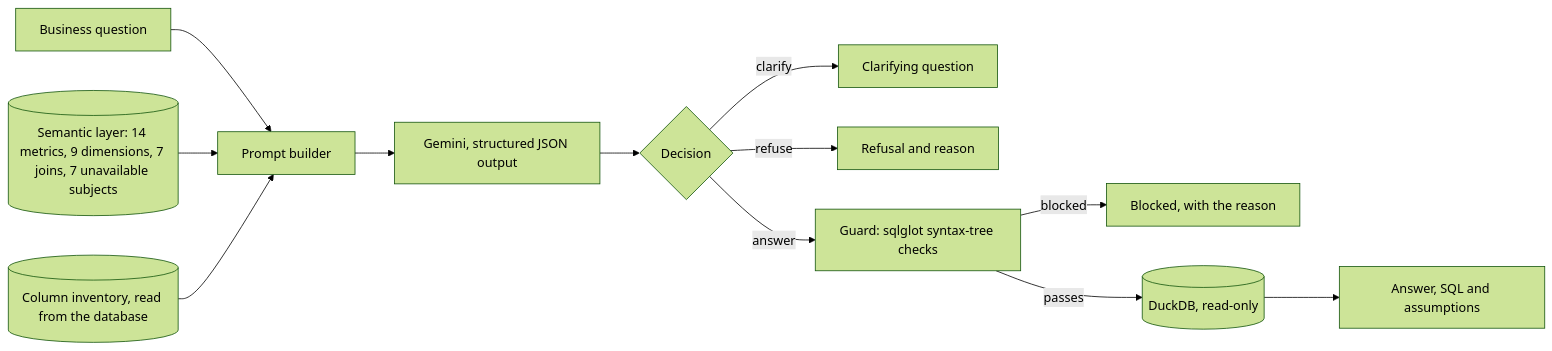
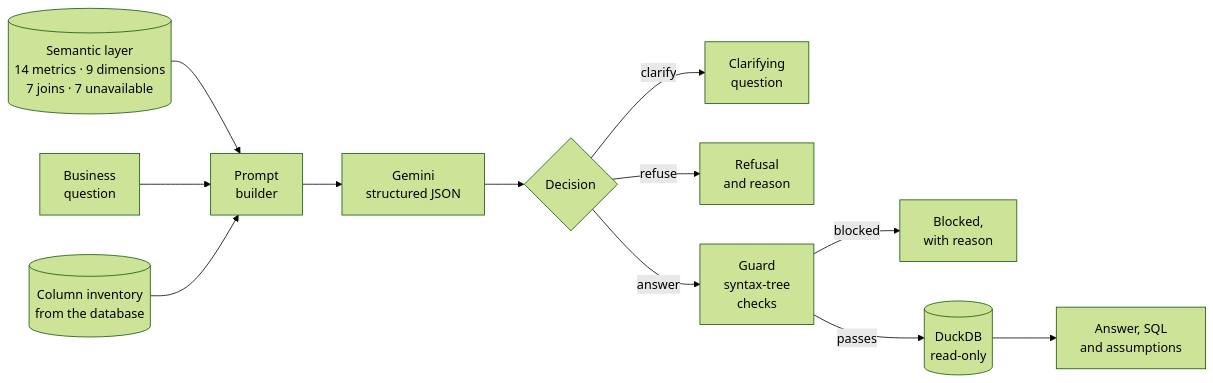
The diagram in README.md (Yesha-Modi/Candor), drawn with Mermaid (forest theme) before and after one commit. The commit also changed other lines of this file and 1 other file, not shown here.

````diff
--- a/README.md
+++ b/README.md
@@ -192,14 +204,12 @@
 ```mermaid
 flowchart LR
-    Q["Business question"] --> P["Prompt builder"]
-    SL[("Semantic layer: 14 metrics, 9 dimensions, 7 joins, 7 unavailable subjects")] --> P
-    SC[("Column inventory, read from the database")] --> P
-    P --> M["Gemini, structured JSON output"]
-    M --> D{"Decision"}
-    D -- clarify --> C["Clarifying question"]
-    D -- refuse --> R["Refusal and reason"]
-    D -- answer --> G["Guard: sqlglot syntax-tree checks"]
-    G -- blocked --> B["Blocked, with the reason"]
-    G -- passes --> DB[("DuckDB, read-only")]
-    DB --> A["Answer, SQL and assumptions"]
+    SL[("Semantic layer<br>14 metrics · 9 dimensions<br>7 joins · 7 unavailable")] --> P
+    Q["Business<br>question"] --> P["Prompt<br>builder"]
+    SC[("Column inventory<br>from the database")] --> P
+    P --> M["Gemini<br>structured JSON"] --> D{"Decision"}
+    D -- clarify --> C["Clarifying<br>question"]
+    D -- refuse --> R["Refusal<br>and reason"]
+    D -- answer --> G["Guard<br>syntax-tree<br>checks"]
+    G -- blocked --> B["Blocked,<br>with reason"]
+    G -- passes --> DB[("DuckDB<br>read-only")] --> A["Answer, SQL<br>and assumptions"]
 ```
````
